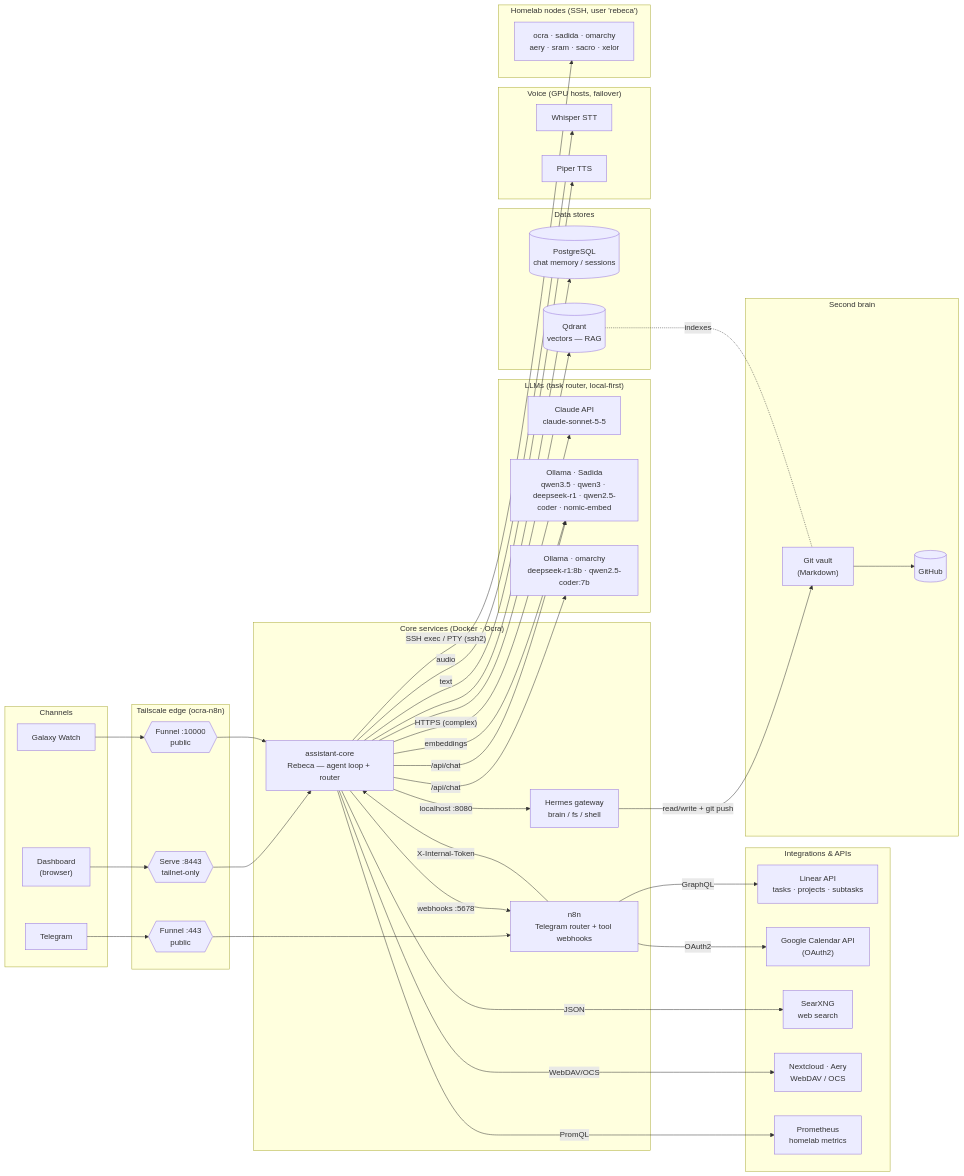
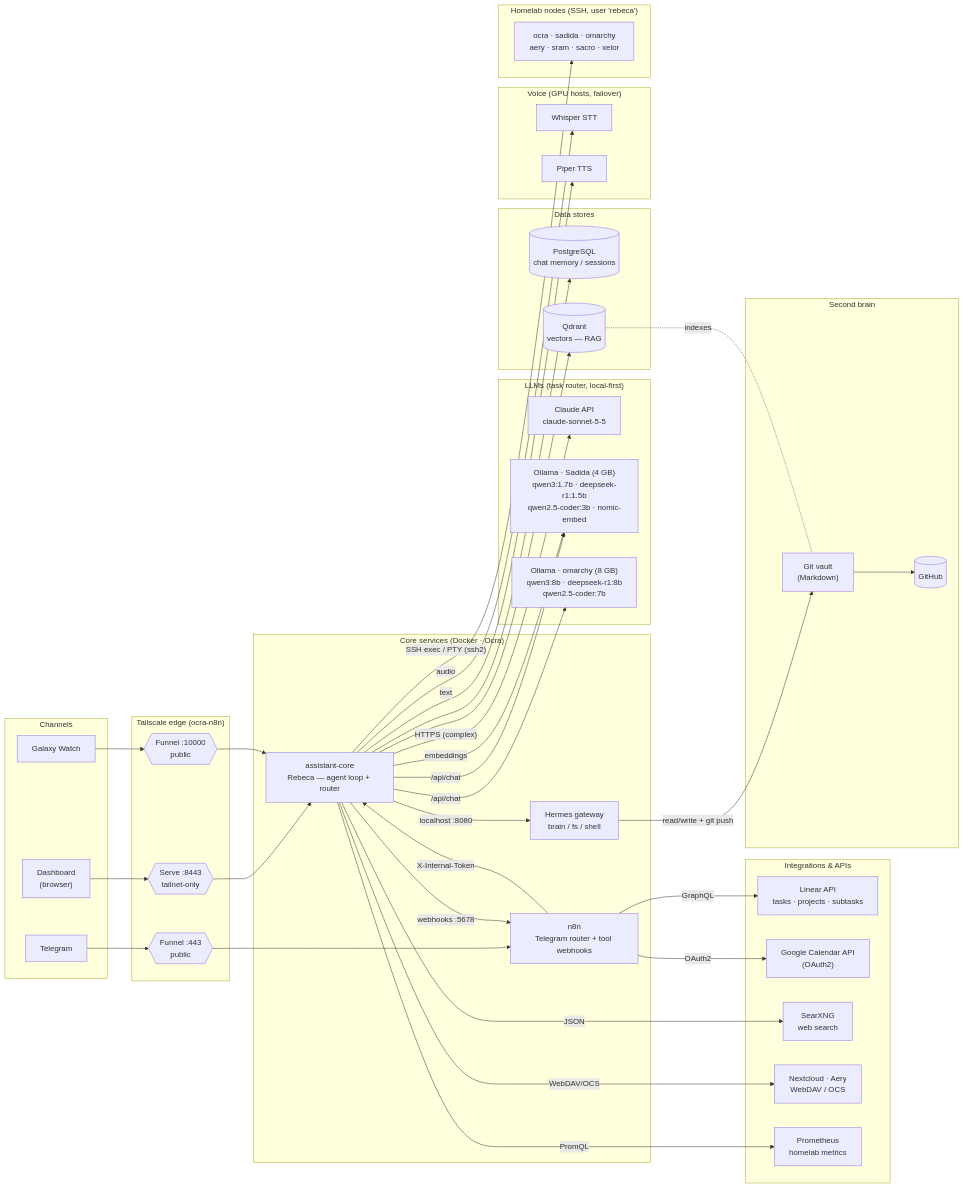
The diagram in README.md (SethSterling22/Productivity_Tools), drawn with Mermaid before and after one commit. The commit also changed other lines of this file and 12 other files, not shown here.

```diff
--- a/README.md
+++ b/README.md
@@ -85,8 +85,8 @@
   %% ── LLMs ──
   subgraph llm["LLMs (task router, local-first)"]
     CLAUDE["Claude API<br/>claude-sonnet-5-5"]
-    OLLS["Ollama · Sadida<br/>qwen3.5 · qwen3 · deepseek-r1 · qwen2.5-coder · nomic-embed"]
-    OLLO["Ollama · omarchy<br/>deepseek-r1:8b · qwen2.5-coder:7b"]
+    OLLS["Ollama · Sadida (4 GB)<br/>qwen3:1.7b · deepseek-r1:1.5b<br/>qwen2.5-coder:3b · nomic-embed"]
+    OLLO["Ollama · omarchy (8 GB)<br/>qwen3:8b · deepseek-r1:8b<br/>qwen2.5-coder:7b"]
   end
   AC -->|"HTTPS (complex)"| CLAUDE
   AC -->|"/api/chat"| OLLS
```
